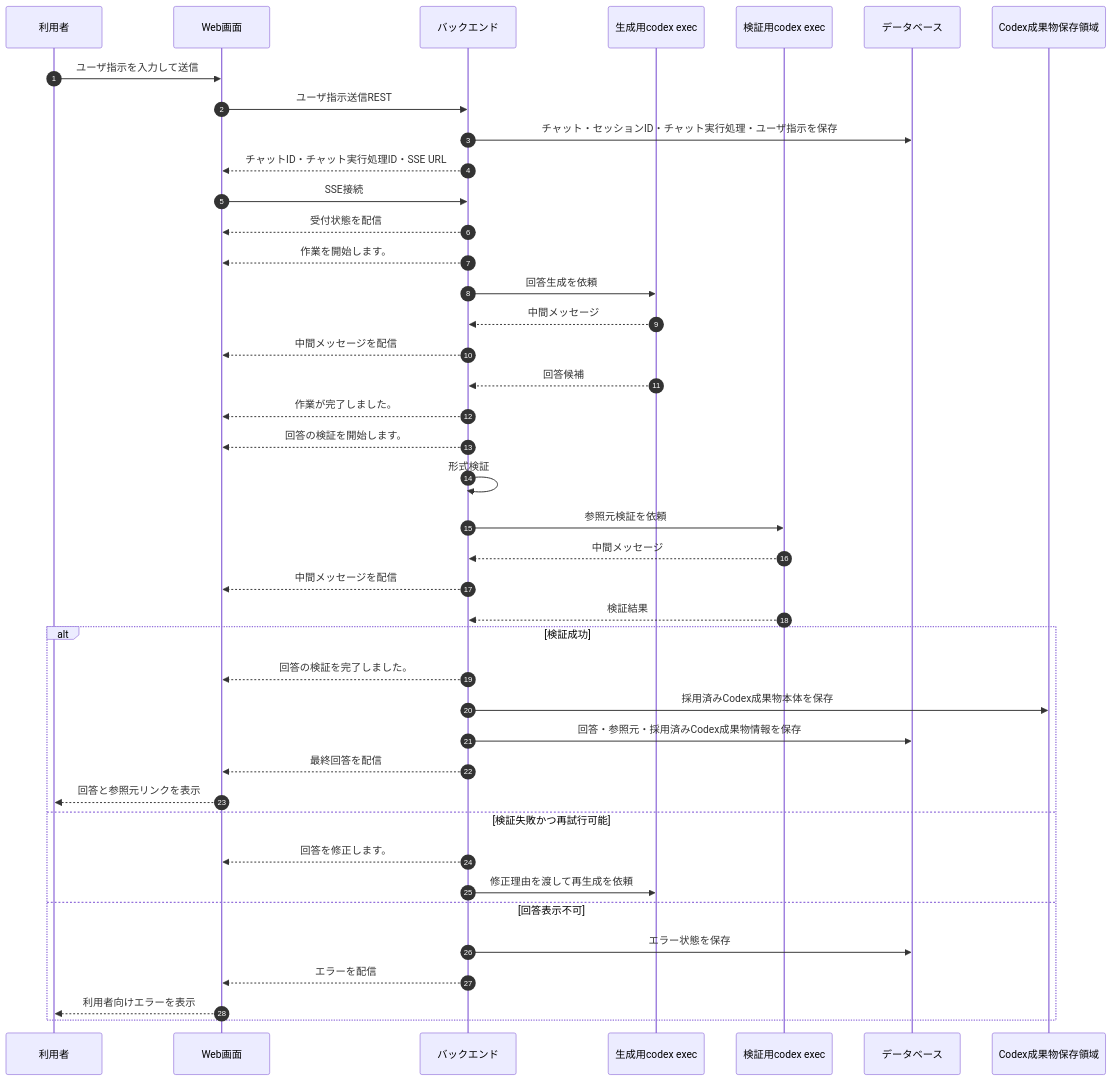
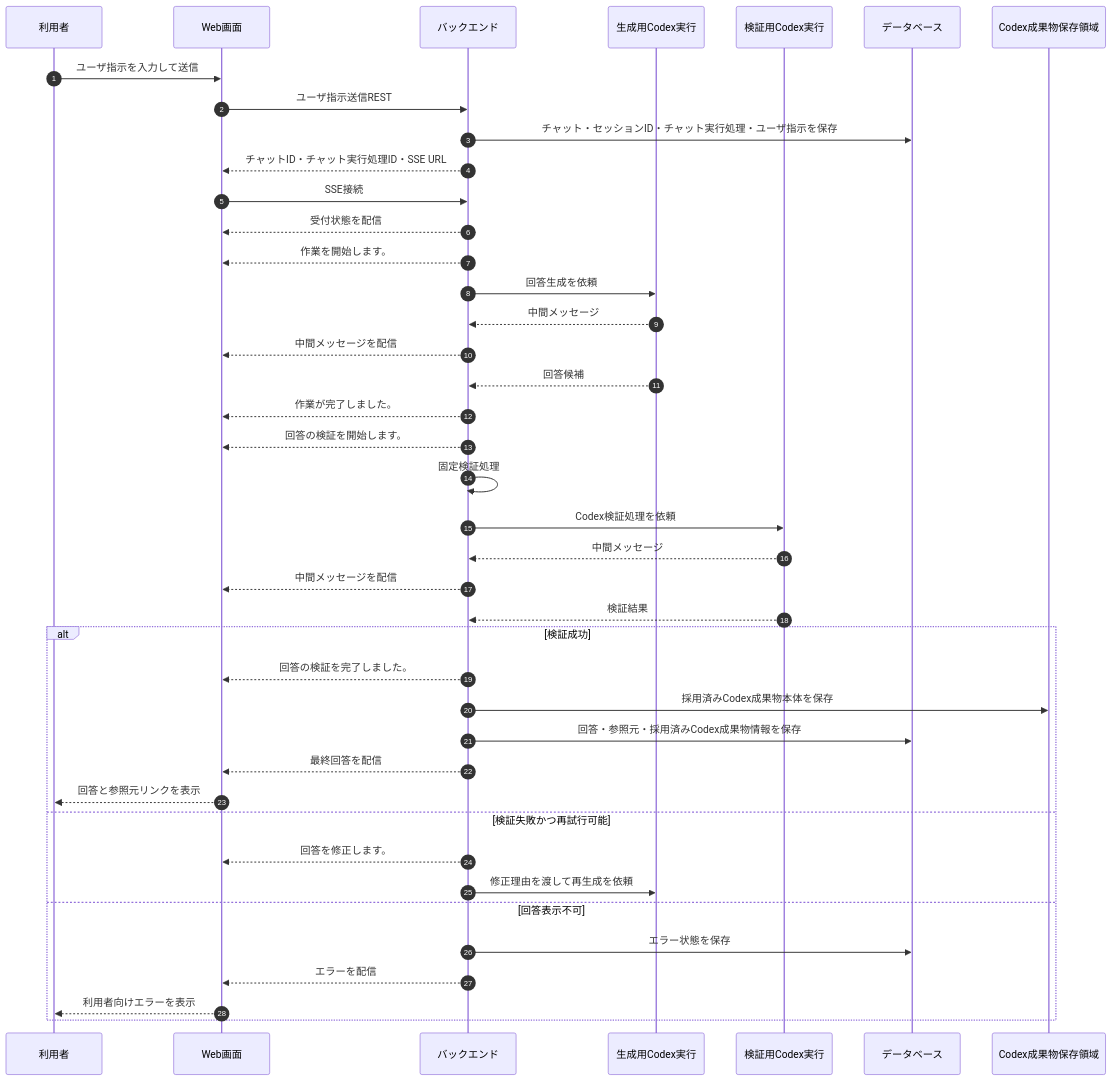
The diagram in docs/02_外部設計/02_業務設計/チャット実行処理フロー.md (mincsys/D-Concierge), drawn with Mermaid before and after one commit. The commit also changed other lines of this file and 136 other files, not shown here.

````diff
--- a/docs/02_外部設計/02_業務設計/チャット実行処理フロー.md
+++ b/docs/02_外部設計/02_業務設計/チャット実行処理フロー.md
@@ -25,44 +25,44 @@
 ```mermaid
 sequenceDiagram
     autonumber
     participant U as 利用者
     participant F as Web画面
     participant B as バックエンド
-    participant G as 生成用codex exec
-    participant V as 検証用codex exec
+    participant G as 生成用Codex実行
+    participant V as 検証用Codex実行
     participant D as データベース
     participant A as Codex成果物保存領域
 
     U->>F: ユーザ指示を入力して送信
     F->>B: ユーザ指示送信REST
     B->>D: チャット・セッションID・チャット実行処理・ユーザ指示を保存
     B-->>F: チャットID・チャット実行処理ID・SSE URL
     F->>B: SSE接続
     B-->>F: 受付状態を配信
     B-->>F: 作業を開始します。
     B->>G: 回答生成を依頼
     G-->>B: 中間メッセージ
     B-->>F: 中間メッセージを配信
     G-->>B: 回答候補
     B-->>F: 作業が完了しました。
     B-->>F: 回答の検証を開始します。
-    B->>B: 形式検証
-    B->>V: 参照元検証を依頼
+    B->>B: 固定検証処理
+    B->>V: Codex検証処理を依頼
     V-->>B: 中間メッセージ
     B-->>F: 中間メッセージを配信
     V-->>B: 検証結果
     alt 検証成功
         B-->>F: 回答の検証を完了しました。
         B->>A: 採用済みCodex成果物本体を保存
         B->>D: 回答・参照元・採用済みCodex成果物情報を保存
         B-->>F: 最終回答を配信
         F-->>U: 回答と参照元リンクを表示
     else 検証失敗かつ再試行可能
         B-->>F: 回答を修正します。
         B->>G: 修正理由を渡して再生成を依頼
     else 回答表示不可
         B->>D: エラー状態を保存
         B-->>F: エラーを配信
         F-->>U: 利用者向けエラーを表示
     end
 ```
````
